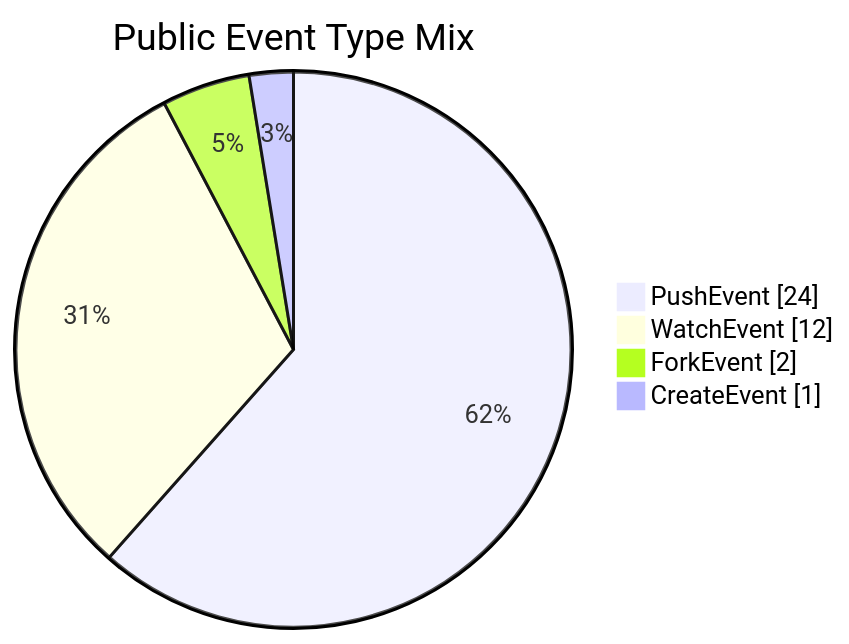
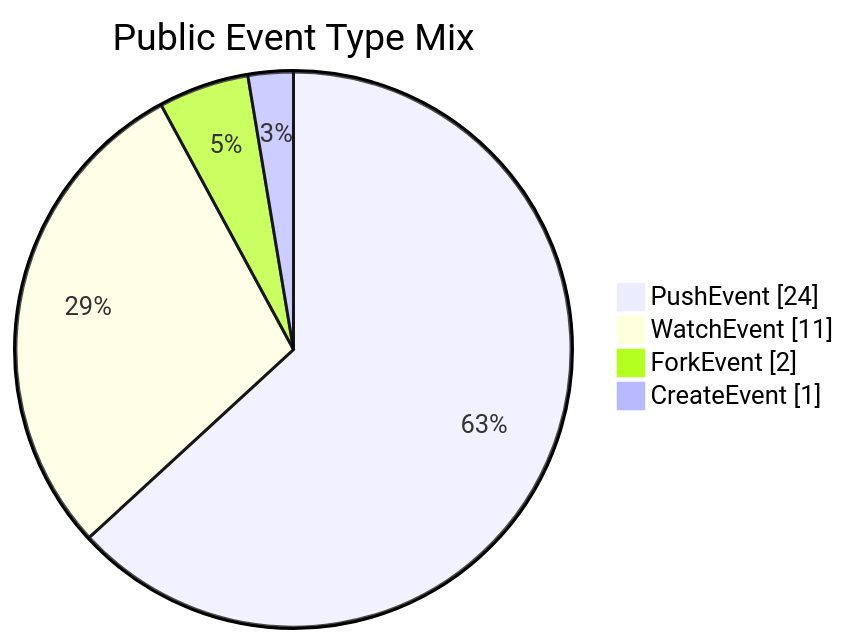
Before and after one commit to manhquydev/manhquydev: the second of 2 diagrams in README.md, drawn with Mermaid. The commit also changed other lines of this file and 4 other files, not shown here.

````diff
--- a/README.md
+++ b/README.md
@@ -138,8 +138,8 @@
 ```mermaid
 pie showData
   title Public Event Type Mix
   "PushEvent" : 24
-  "WatchEvent" : 12
+  "WatchEvent" : 11
   "ForkEvent" : 2
   "CreateEvent" : 1
 ```
````
